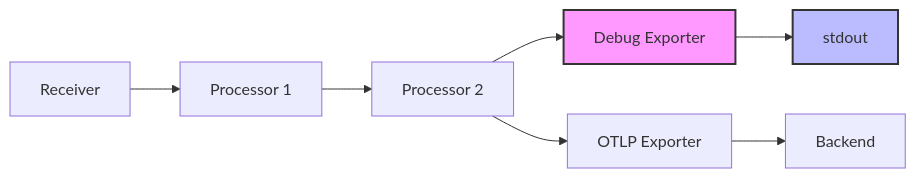
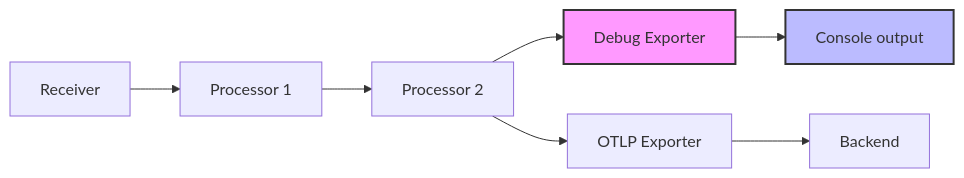
Before and after one commit to OneUptime/blog: the diagram in posts/2026-02-06-debug-exporter-troubleshoot-pipelines-locally/README.md, drawn with Mermaid. The commit also changed other lines of this file and 2 other files, not shown here.

````diff
--- a/posts/2026-02-06-debug-exporter-troubleshoot-pipelines-locally/README.md
+++ b/posts/2026-02-06-debug-exporter-troubleshoot-pipelines-locally/README.md
@@ -21,11 +21,11 @@
 ```mermaid
 flowchart LR
     A[Receiver] --> B[Processor 1]
     B --> C[Processor 2]
     C --> D[Debug Exporter]
     C --> E[OTLP Exporter]
-    D --> F[stdout]
+    D --> F[Console output]
     E --> G[Backend]
     style D fill:#f9f,stroke:#333,stroke-width:2px
     style F fill:#bbf,stroke:#333,stroke-width:2px
 ```
````
